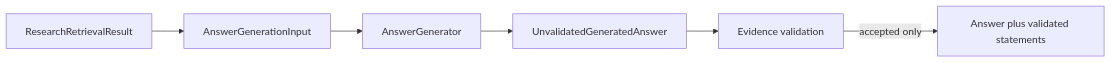
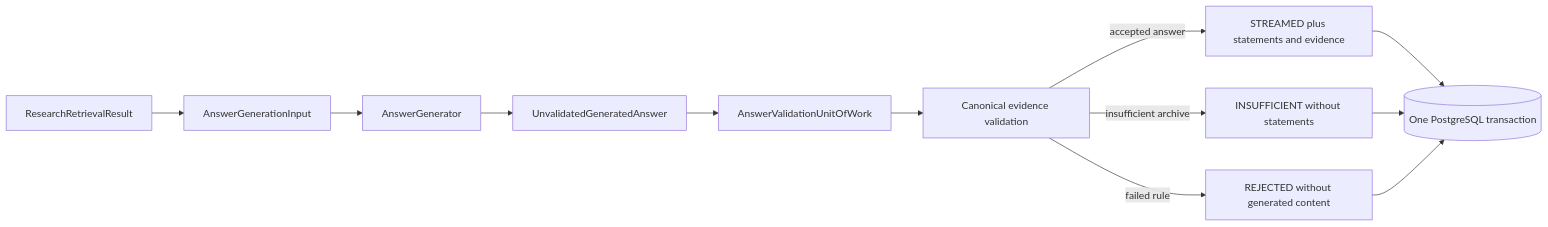
One commit to rnkraus/investment-research changed the third of 5 diagrams in backend/src/investment_research/modules/research/README.md. Above: the diagram before and after it, drawn with Mermaid. The commit also changed other lines of this file and 9 other files, not shown here.

````diff
--- a/backend/src/investment_research/modules/research/README.md
+++ b/backend/src/investment_research/modules/research/README.md
@@ -67,8 +67,14 @@
 ```mermaid
 flowchart LR
     RESULT[ResearchRetrievalResult] --> INPUT[AnswerGenerationInput]
     INPUT --> PORT[AnswerGenerator]
     PORT --> RAW[UnvalidatedGeneratedAnswer]
-    RAW --> VALIDATION[Evidence validation]
-    VALIDATION -->|accepted only| DOMAIN[Answer plus validated statements]
+    RAW --> UOW[AnswerValidationUnitOfWork]
+    UOW --> VALIDATION[Canonical evidence validation]
+    VALIDATION -->|accepted answer| STREAMED[STREAMED plus statements and evidence]
+    VALIDATION -->|insufficient archive| INSUFFICIENT[INSUFFICIENT without statements]
+    VALIDATION -->|failed rule| REJECTED[REJECTED without generated content]
+    STREAMED --> PG[(One PostgreSQL transaction)]
+    INSUFFICIENT --> PG
+    REJECTED --> PG
 ```
````
